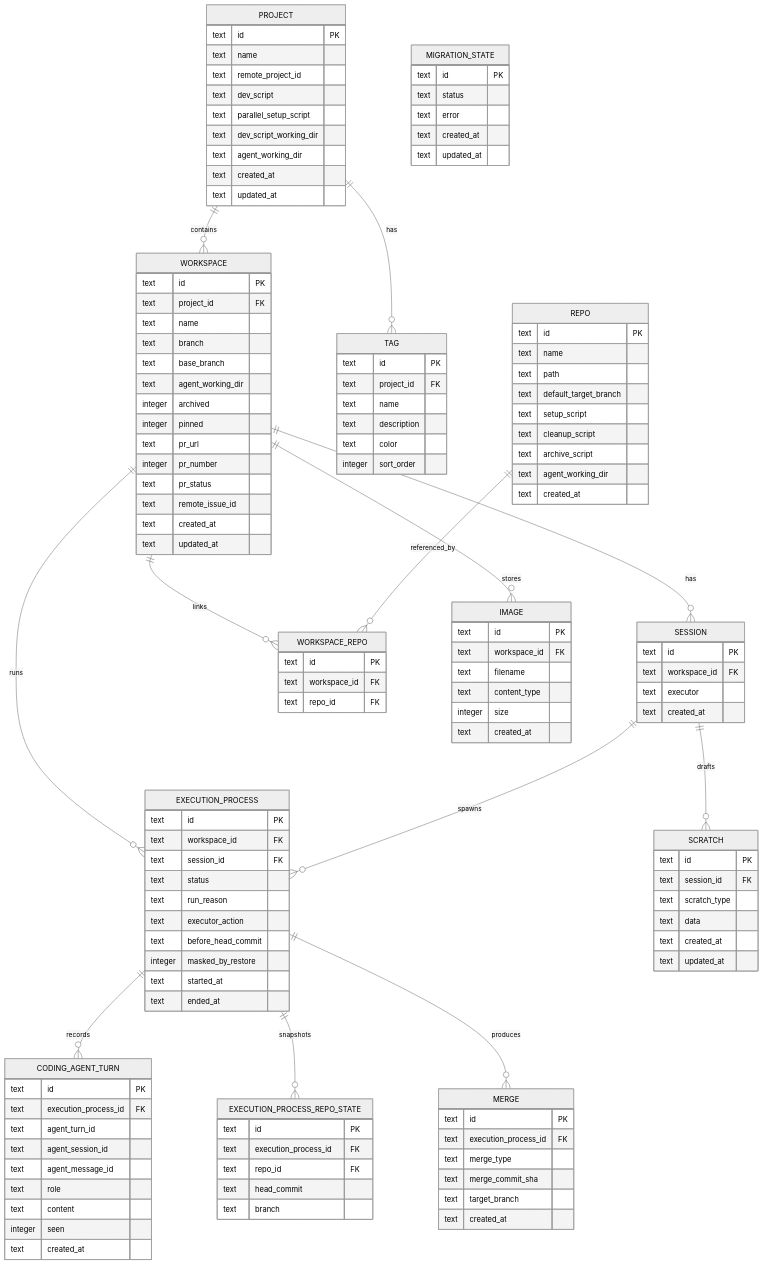
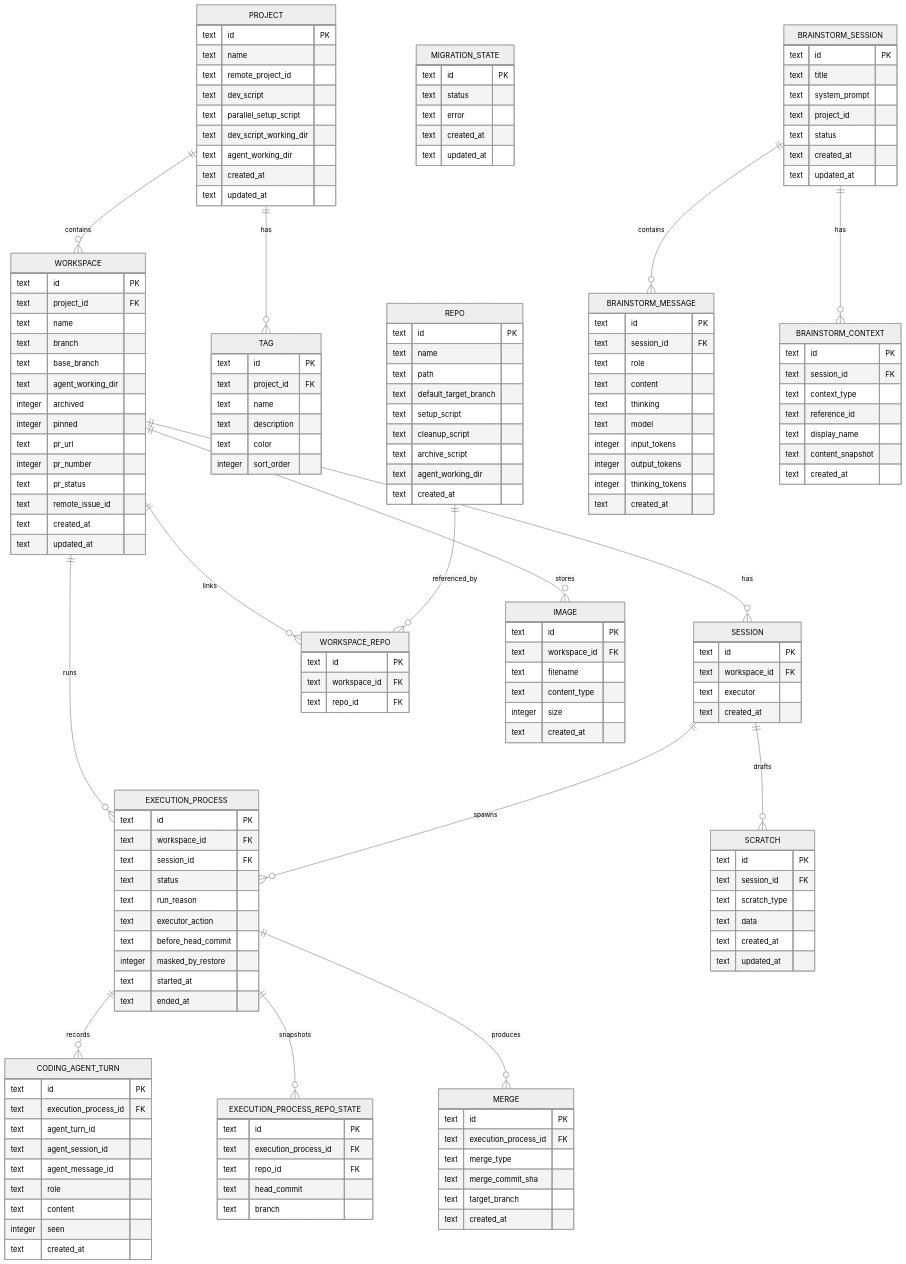
One commit to AhSnahp/vibe-kanban changed the first of 4 diagrams in ai/memory/data-flow.md. Above: the diagram before and after it, drawn with Mermaid (neutral theme). The commit also changed other lines of this file and 5 other files, not shown here.

First line of the commit message:
feat: implement push-to-kanban, session auto-titling, and improve brainstorm prompt

````diff
--- a/ai/memory/data-flow.md
+++ b/ai/memory/data-flow.md
@@ -147,4 +147,40 @@
         text created_at
         text updated_at
     }
+
+    BRAINSTORM_SESSION ||--o{ BRAINSTORM_MESSAGE : contains
+    BRAINSTORM_SESSION ||--o{ BRAINSTORM_CONTEXT : has
+
+    BRAINSTORM_SESSION {
+        text id PK
+        text title
+        text system_prompt
+        text project_id
+        text status
+        text created_at
+        text updated_at
+    }
+
+    BRAINSTORM_MESSAGE {
+        text id PK
+        text session_id FK
+        text role
+        text content
+        text thinking
+        text model
+        integer input_tokens
+        integer output_tokens
+        integer thinking_tokens
+        text created_at
+    }
+
+    BRAINSTORM_CONTEXT {
+        text id PK
+        text session_id FK
+        text context_type
+        text reference_id
+        text display_name
+        text content_snapshot
+        text created_at
+    }
 ```
````
